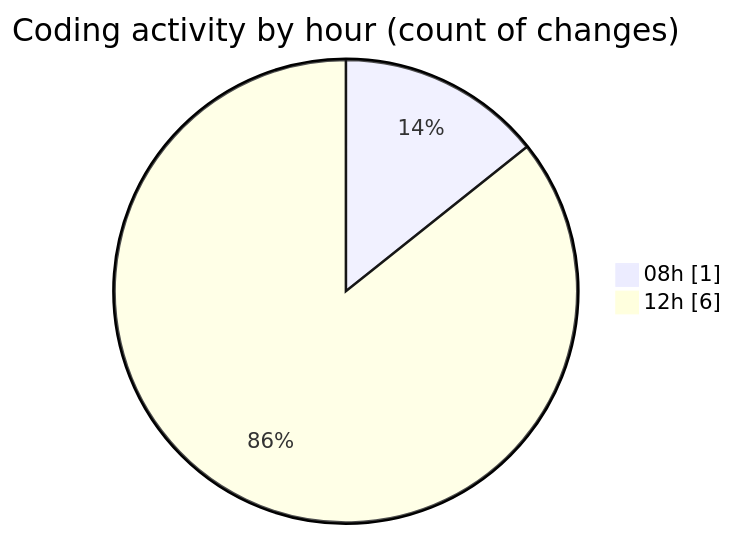
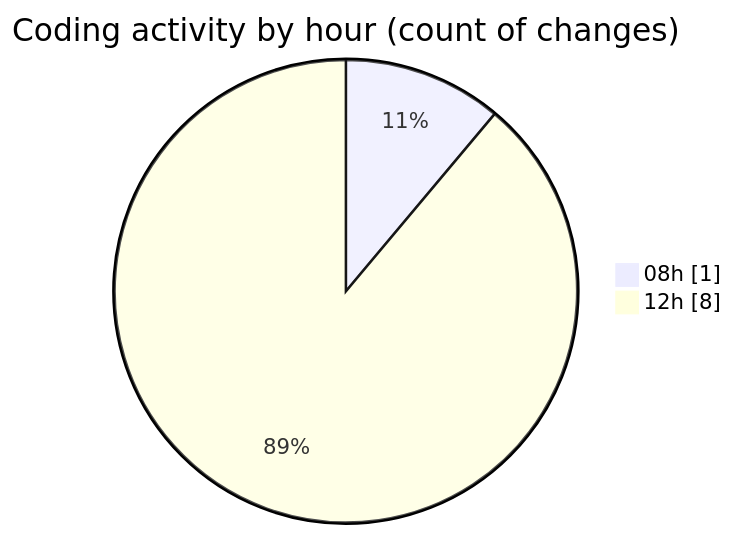
Before and after one commit to ricardozamudiocil/code-tracking: the second of 2 diagrams in 2026-05-26/cilapp/README.md, drawn with Mermaid. The commit also changed other lines of this file and 1 other file, not shown here.

````diff
--- a/2026-05-26/cilapp/README.md
+++ b/2026-05-26/cilapp/README.md
@@ -28,6 +28,6 @@
 ```mermaid
 pie showData
 title Coding activity by hour (count of changes)
 "08h" : 1
-"12h" : 6
+"12h" : 8
 ```
````
